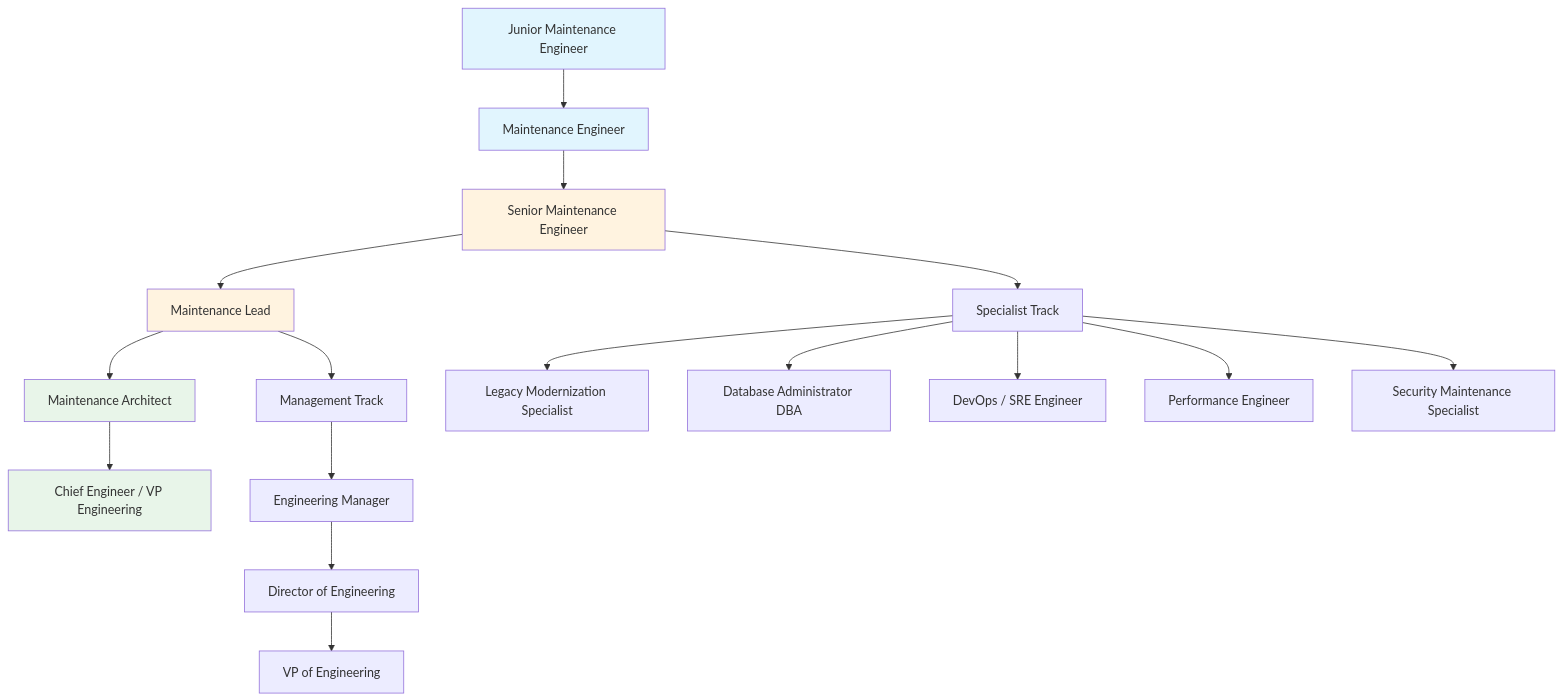
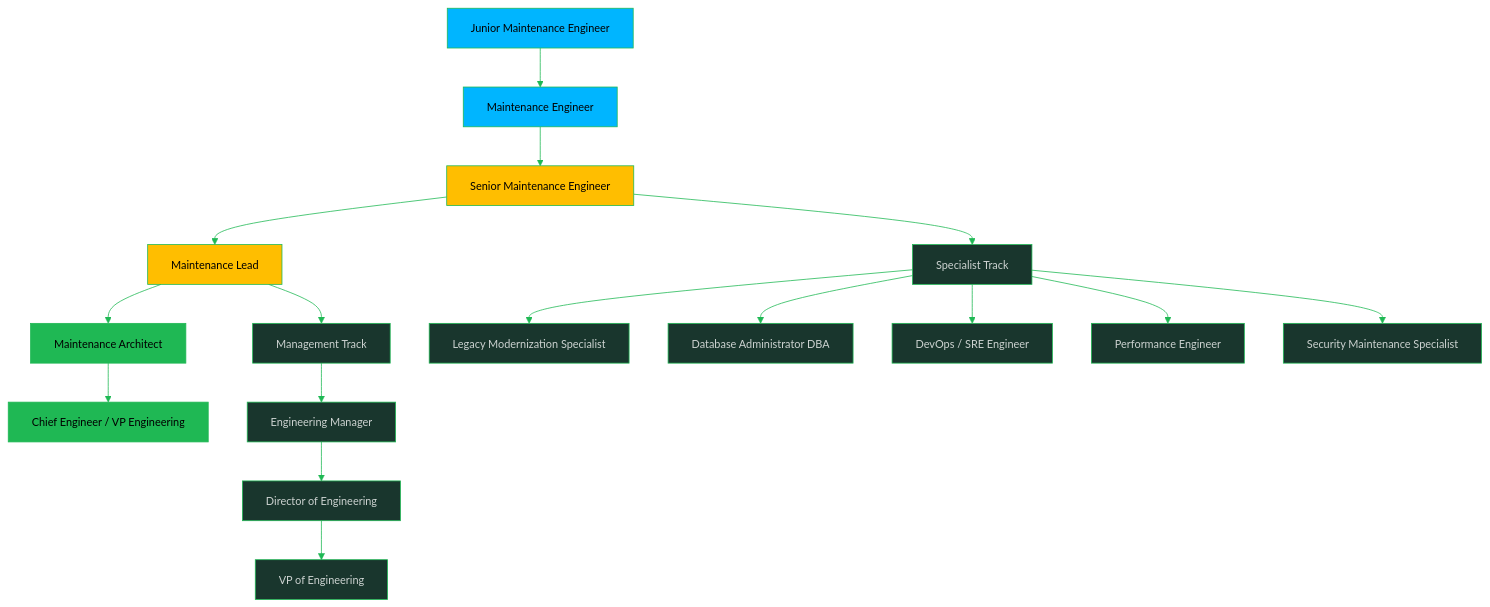
The second of 4 diagrams in software-engineering-note/07_Software_Maintenance/10_Staffing_and_Organizational_Models.md (oat431/swe-knowledge), drawn with Mermaid before and after one commit. The commit also changed other lines of this file and 10 other files, not shown here.

````diff
--- a/software-engineering-note/07_Software_Maintenance/10_Staffing_and_Organizational_Models.md
+++ b/software-engineering-note/07_Software_Maintenance/10_Staffing_and_Organizational_Models.md
@@ -139,27 +140,28 @@
 ```mermaid
+%%{init: {'theme':'base','themeVariables':{'primaryColor':'#19362D','primaryTextColor':'#CDD3D1','primaryBorderColor':'#1FB854','lineColor':'#1FB854','secondaryColor':'#161212','tertiaryColor':'#1B1717','background':'#1B1717','mainBkg':'#19362D','nodeBorder':'#1FB854','clusterBkg':'#161212','clusterBorder':'#19362D','titleColor':'#1FB854','edgeLabelBackground':'#161212','fontSize':'14px'}}}%%
 graph TD
     A[Junior Maintenance Engineer] --> B[Maintenance Engineer]
     B --> C[Senior Maintenance Engineer]
     C --> D[Maintenance Lead]
     D --> E[Maintenance Architect]
     E --> F[Chief Engineer / VP Engineering]
     
     C --> G[Specialist Track]
     G --> H[Legacy Modernization Specialist]
     G --> I[Database Administrator DBA]
     G --> J[DevOps / SRE Engineer]
     G --> K[Performance Engineer]
     G --> L[Security Maintenance Specialist]
     
     D --> M[Management Track]
     M --> N[Engineering Manager]
     N --> O[Director of Engineering]
     O --> P[VP of Engineering]
     
-    style A fill:#e1f5fe
-    style B fill:#e1f5fe
-    style C fill:#fff3e0
-    style D fill:#fff3e0
-    style E fill:#e8f5e9
-    style F fill:#e8f5e9
+    style A fill:#00B5FF,color:#000000
+    style B fill:#00B5FF,color:#000000
+    style C fill:#FFBE00,color:#000000
+    style D fill:#FFBE00,color:#000000
+    style E fill:#1FB854,color:#000000
+    style F fill:#1FB854,color:#000000
 ```
````
